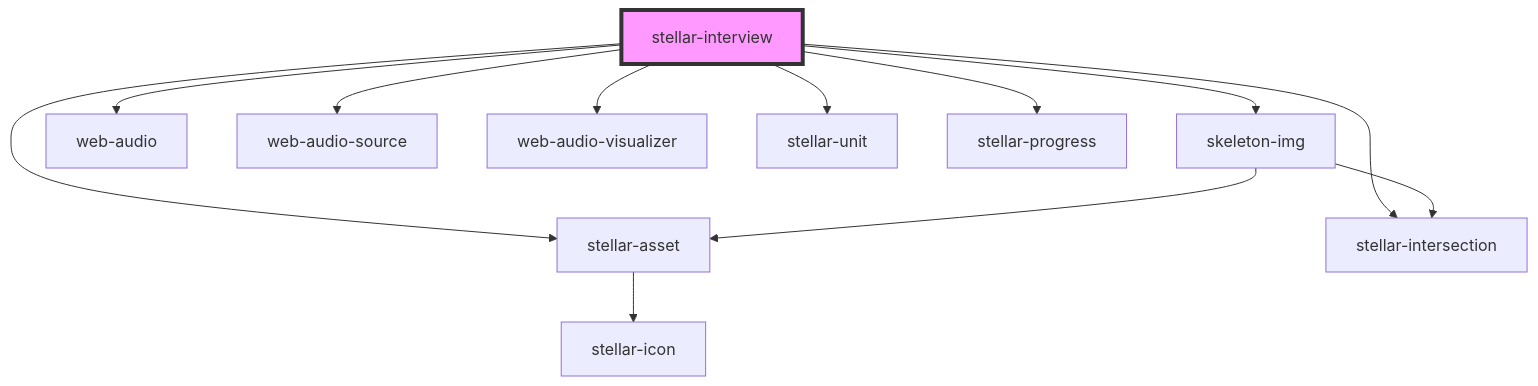
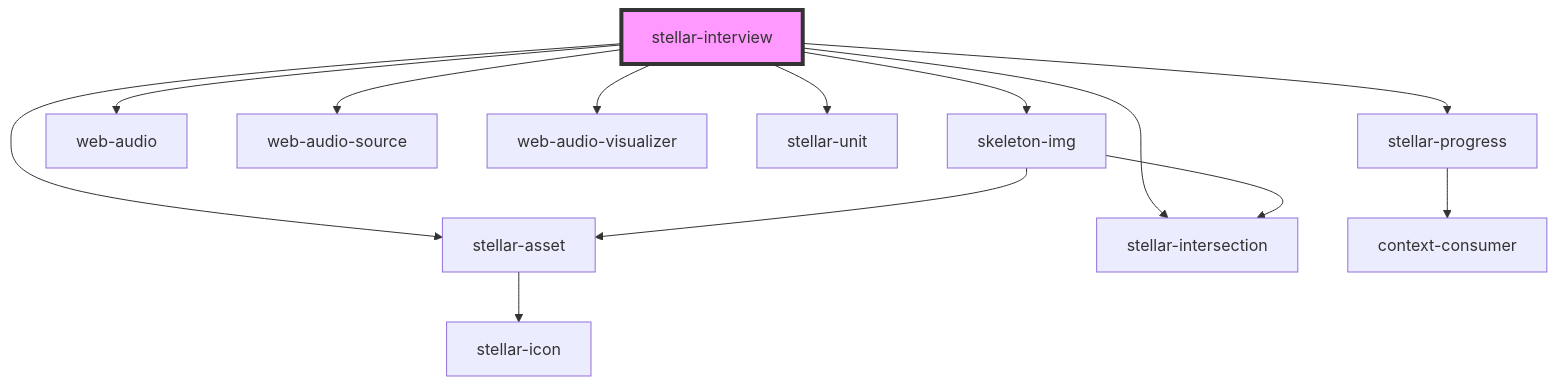
Before and after one commit to splitinfinities/Stellar: the diagram in src/components/media/interview/readme.md, drawn with Mermaid. The commit also changed 44 other files, not shown here.

````diff
--- a/src/components/media/interview/readme.md
+++ b/src/components/media/interview/readme.md
@@ -78,15 +78,16 @@
 ```mermaid
 graph TD;
   stellar-interview --> skeleton-img
   stellar-interview --> web-audio
   stellar-interview --> web-audio-source
   stellar-interview --> web-audio-visualizer
   stellar-interview --> stellar-asset
   stellar-interview --> stellar-unit
   stellar-interview --> stellar-progress
   stellar-interview --> stellar-intersection
   skeleton-img --> stellar-asset
   skeleton-img --> stellar-intersection
   stellar-asset --> stellar-icon
+  stellar-progress --> context-consumer
   style stellar-interview fill:#f9f,stroke:#333,stroke-width:4px
 ```
````
